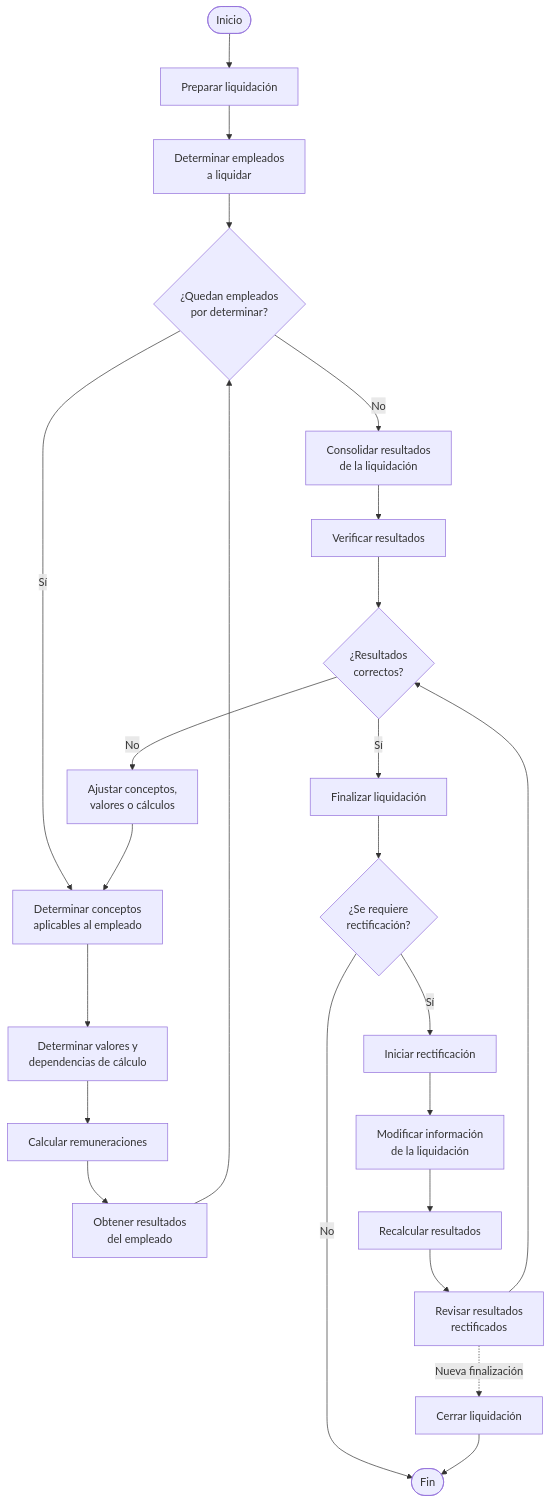
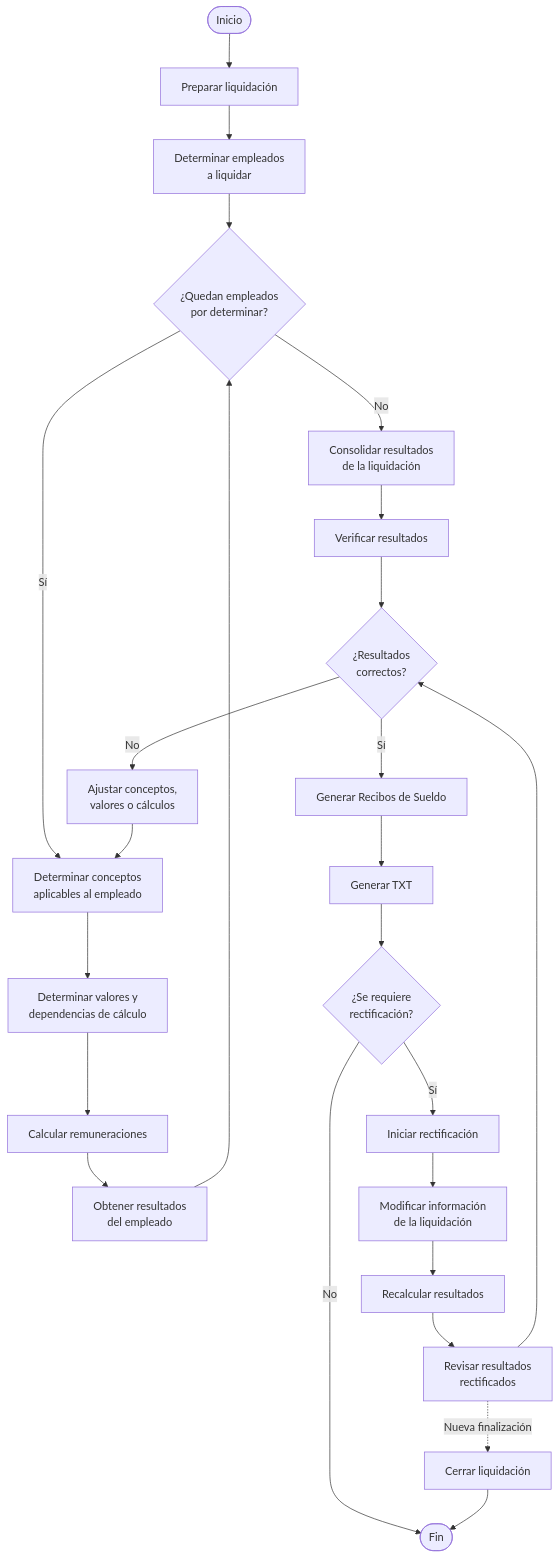
Before and after one commit to IgnacioAusili/ms_contable: the second of 3 diagrams in docs/procesos/PROC-01_liquidar_sueldos.md, drawn with Mermaid. The commit also changed other lines of this file and 25 other files, not shown here.

````diff
--- a/docs/procesos/PROC-01_liquidar_sueldos.md
+++ b/docs/procesos/PROC-01_liquidar_sueldos.md
@@ -176,73 +173,77 @@
 ```mermaid
 flowchart TB
 
     INICIO([Inicio])
 
     A["Preparar liquidación"]
     B["Determinar empleados<br/>a liquidar"]
 
     C{"¿Quedan empleados<br/>por determinar?"}
 
     D["Determinar conceptos<br/>aplicables al empleado"]
     E["Determinar valores y<br/>dependencias de cálculo"]
     F["Calcular remuneraciones"]
     G["Obtener resultados<br/>del empleado"]
 
     H["Consolidar resultados<br/>de la liquidación"]
 
     I["Verificar resultados"]
 
     J{"¿Resultados<br/>correctos?"}
 
     K["Ajustar conceptos,<br/>valores o cálculos"]
 
-    L["Finalizar liquidación"]
+    L["Generar TXT"]
+
+    L1["Generar Recibos de Sueldo"]
 
     M{"¿Se requiere<br/>rectificación?"}
 
     N["Iniciar rectificación"]
 
     O["Modificar información<br/>de la liquidación"]
 
     P["Recalcular resultados"]
 
     Q["Revisar resultados<br/>rectificados"]
 
     R["Cerrar liquidación"]
 
     FIN([Fin])
 
     INICIO --> A
     A --> B
     B --> C
 
     C -->|Sí| D
     D --> E
     E --> F
     F --> G
     G --> C
 
     C -->|No| H
     H --> I
 
     I --> J
 
     J -->|No| K
     K --> D
 
-    J -->|Sí| L
+    J -->|Sí| L1
+
+    L1 --> L
 
     L --> M
 
     M -->|No| FIN
     M -->|Sí| N
 
     N --> O
     O --> P
     P --> Q
 
     Q --> J
 
     Q -. "Nueva finalización" .-> R
     R --> FIN
 ```
````
